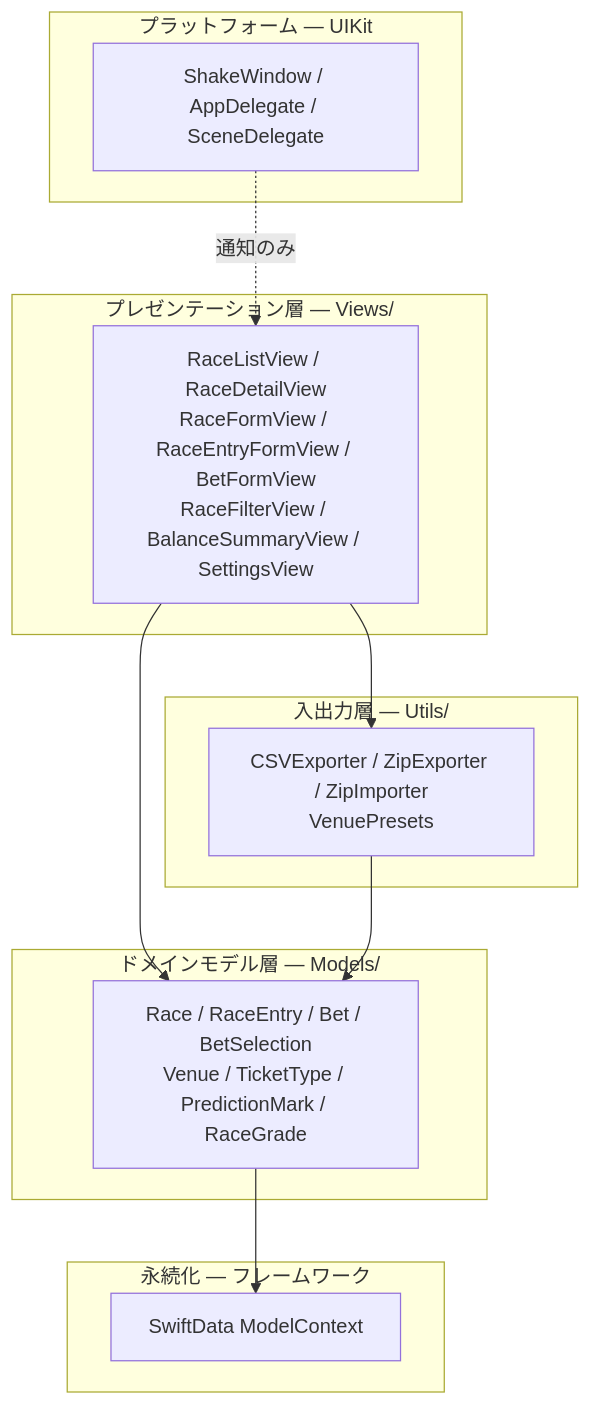
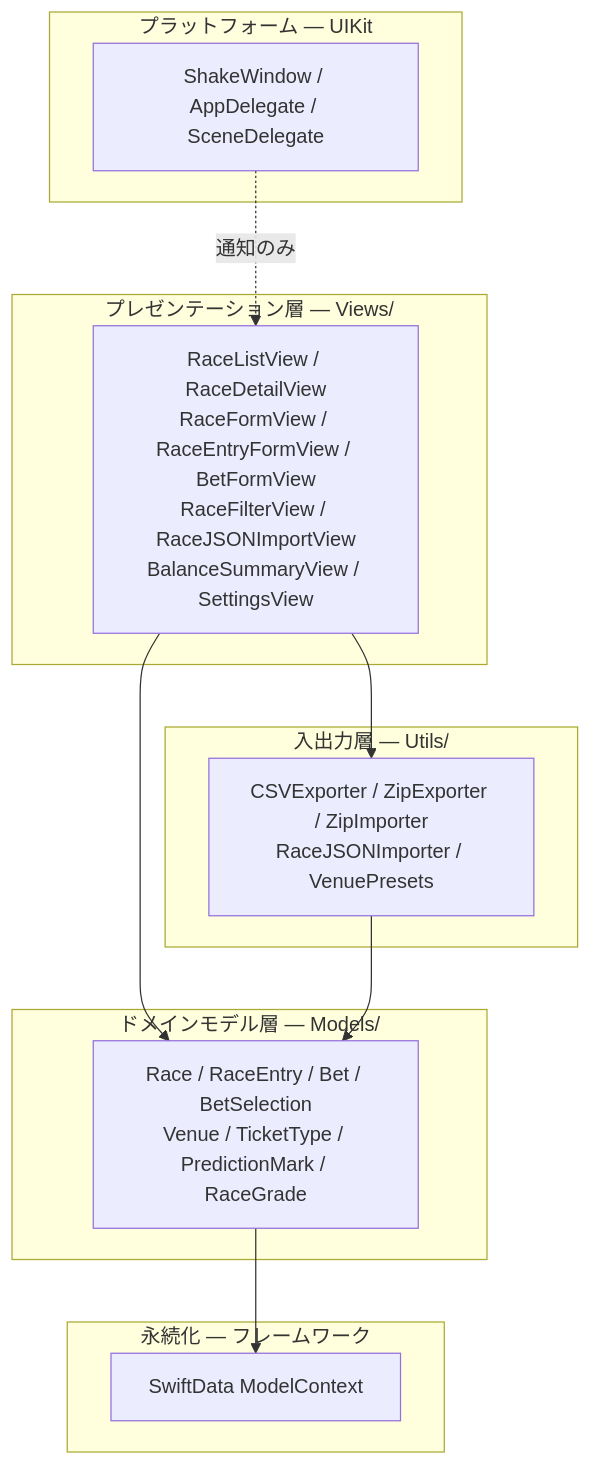
The second of 3 diagrams in docs/architecture.md (neko3cs/umalog), drawn with Mermaid before and after one commit. The commit also changed other lines of this file and 2 other files, not shown here.

````diff
--- a/docs/architecture.md
+++ b/docs/architecture.md
@@ -66,28 +66,28 @@
 ```mermaid
 flowchart TB
     subgraph L1["プレゼンテーション層 — Views/"]
-        v["RaceListView / RaceDetailView<br/>RaceFormView / RaceEntryFormView / BetFormView<br/>RaceFilterView / BalanceSummaryView / SettingsView"]
+        v["RaceListView / RaceDetailView<br/>RaceFormView / RaceEntryFormView / BetFormView<br/>RaceFilterView / RaceJSONImportView<br/>BalanceSummaryView / SettingsView"]
     end
 
     subgraph L2["入出力層 — Utils/"]
-        u["CSVExporter / ZipExporter / ZipImporter<br/>VenuePresets"]
+        u["CSVExporter / ZipExporter / ZipImporter<br/>RaceJSONImporter / VenuePresets"]
     end
 
     subgraph L3["ドメインモデル層 — Models/"]
         m["Race / RaceEntry / Bet / BetSelection<br/>Venue / TicketType / PredictionMark / RaceGrade"]
     end
 
     subgraph L4["永続化 — フレームワーク"]
         p["SwiftData ModelContext"]
     end
 
     subgraph L0["プラットフォーム — UIKit"]
         k["ShakeWindow / AppDelegate / SceneDelegate"]
     end
 
     v --> m
     v --> u
     u --> m
     m --> p
     k -.->|通知のみ| v
 ```
````
